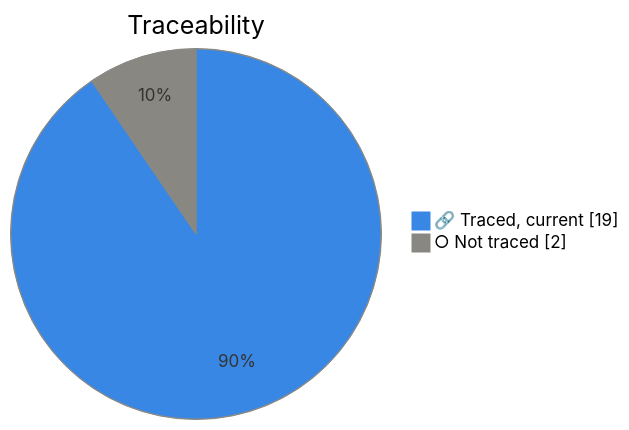
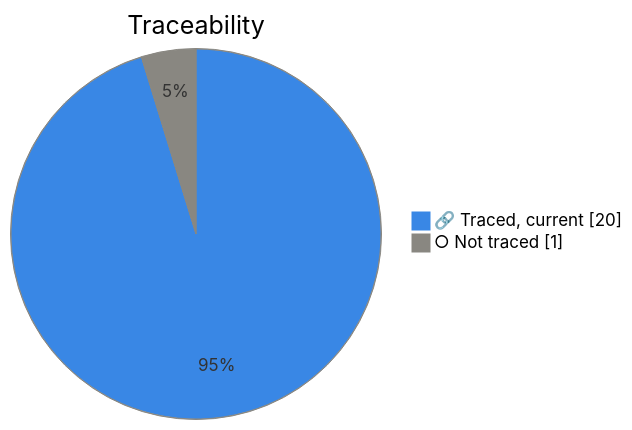
Before and after one commit to Top-Q/playwright-typescript: the third of 4 diagrams in specs/product/vault/Dashboard.md, drawn with Mermaid. The commit also changed other lines of this file and 6 other files, not shown here.

````diff
--- a/specs/product/vault/Dashboard.md
+++ b/specs/product/vault/Dashboard.md
@@ -55,6 +55,6 @@
 ```mermaid
 %%{init: {"themeVariables":{"pie1":"#3987e5","pie2":"#898781","pieOpacity":"1","pieStrokeColor":"#898781","pieStrokeWidth":"1px","pieOuterStrokeColor":"#898781","pieOuterStrokeWidth":"1px"}}}%%
 pie showData title Traceability
-    "🔗 Traced, current" : 19
-    "○ Not traced" : 2
+    "🔗 Traced, current" : 20
+    "○ Not traced" : 1
 ```
````
